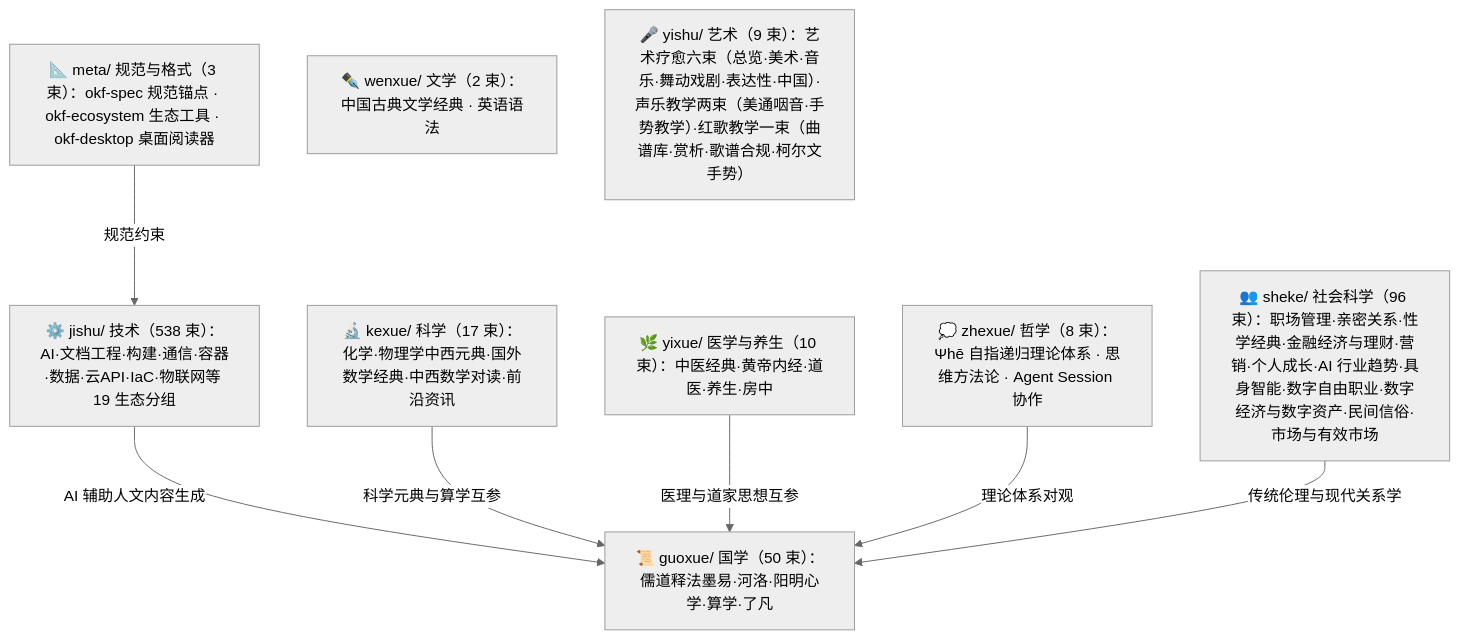
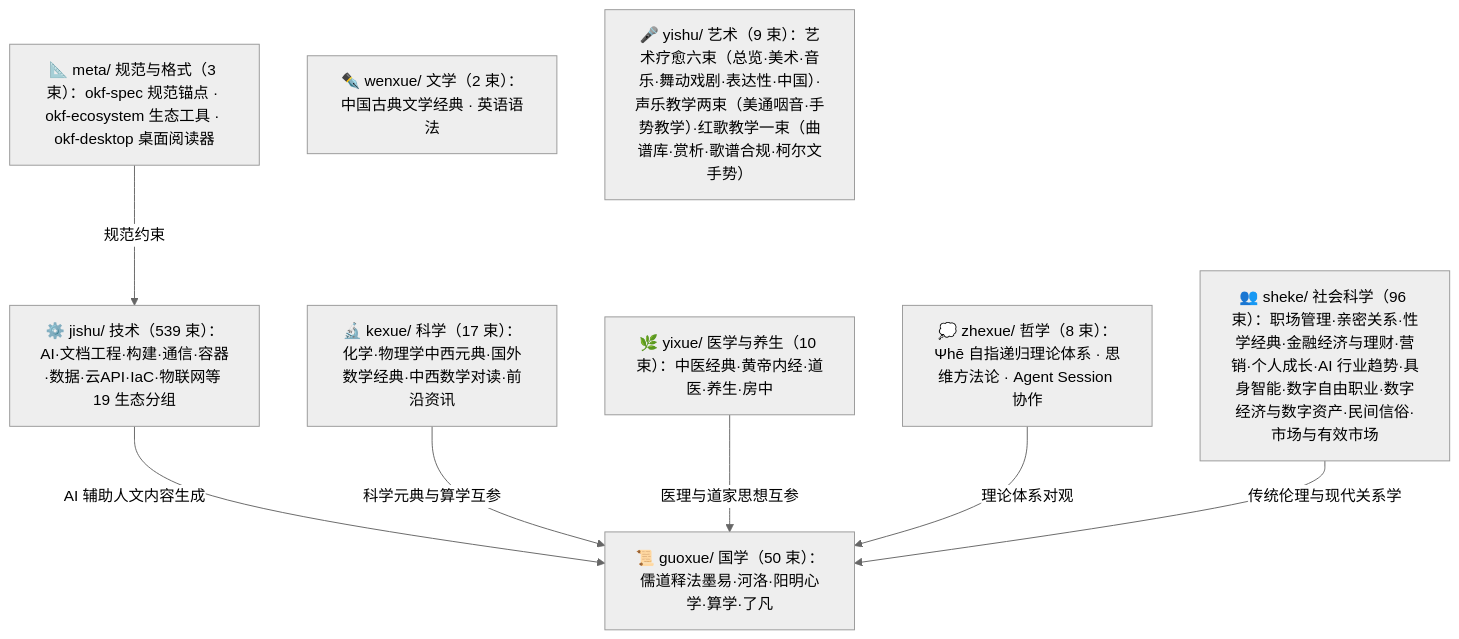
Before and after one commit to awesome-flexloop/awesome-okf: the diagram in doc/bundles/index.md, drawn with Mermaid (neutral theme). The commit also changed other lines of this file and 17 other files, not shown here.

````diff
--- a/doc/bundles/index.md
+++ b/doc/bundles/index.md
@@ -21,18 +21,18 @@
 ```mermaid
 flowchart TD
     meta["📐 meta/ 规范与格式（3 束）：okf-spec 规范锚点 · okf-ecosystem 生态工具 · okf-desktop 桌面阅读器"]
     guoxue["📜 guoxue/ 国学（50 束）：儒道释法墨易·河洛·阳明心学·算学·了凡"]
     zhexue["💭 zhexue/ 哲学（8 束）：Ψhē 自指递归理论体系 · 思维方法论 · Agent Session 协作"]
     kexue["🔬 kexue/ 科学（17 束）：化学·物理学中西元典·国外数学经典·中西数学对读·前沿资讯"]
     wenxue["✒️ wenxue/ 文学（2 束）：中国古典文学经典 · 英语语法"]
     yixue["🌿 yixue/ 医学与养生（10 束）：中医经典·黄帝内经·道医·养生·房中"]
     sheke["👥 sheke/ 社会科学（96 束）：职场管理·亲密关系·性学经典·金融经济与理财·营销·个人成长·AI 行业趋势·具身智能·数字自由职业·数字经济与数字资产·民间信俗·市场与有效市场"]
     yishu["🎤 yishu/ 艺术（9 束）：艺术疗愈六束（总览·美术·音乐·舞动戏剧·表达性·中国）·声乐教学两束（美通咽音·手势教学）·红歌教学一束（曲谱库·赏析·歌谱合规·柯尔文手势）"]
-    jishu["⚙️ jishu/ 技术（538 束）：AI·文档工程·构建·通信·容器·数据·云API·IaC·物联网等 19 生态分组"]
+    jishu["⚙️ jishu/ 技术（539 束）：AI·文档工程·构建·通信·容器·数据·云API·IaC·物联网等 19 生态分组"]
     meta -->|"规范约束"| jishu
     jishu -->|"AI 辅助人文内容生成"| guoxue
     kexue -->|"科学元典与算学互参"| guoxue
     yixue -->|"医理与道家思想互参"| guoxue
     zhexue -->|"理论体系对观"| guoxue
     sheke -->|"传统伦理与现代关系学"| guoxue
 ```
````
